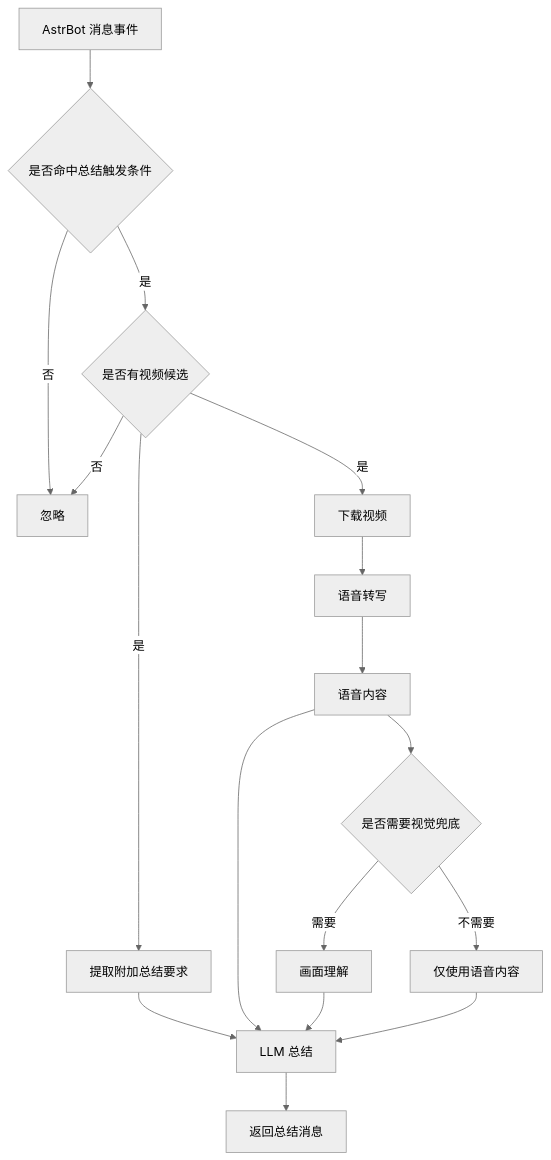
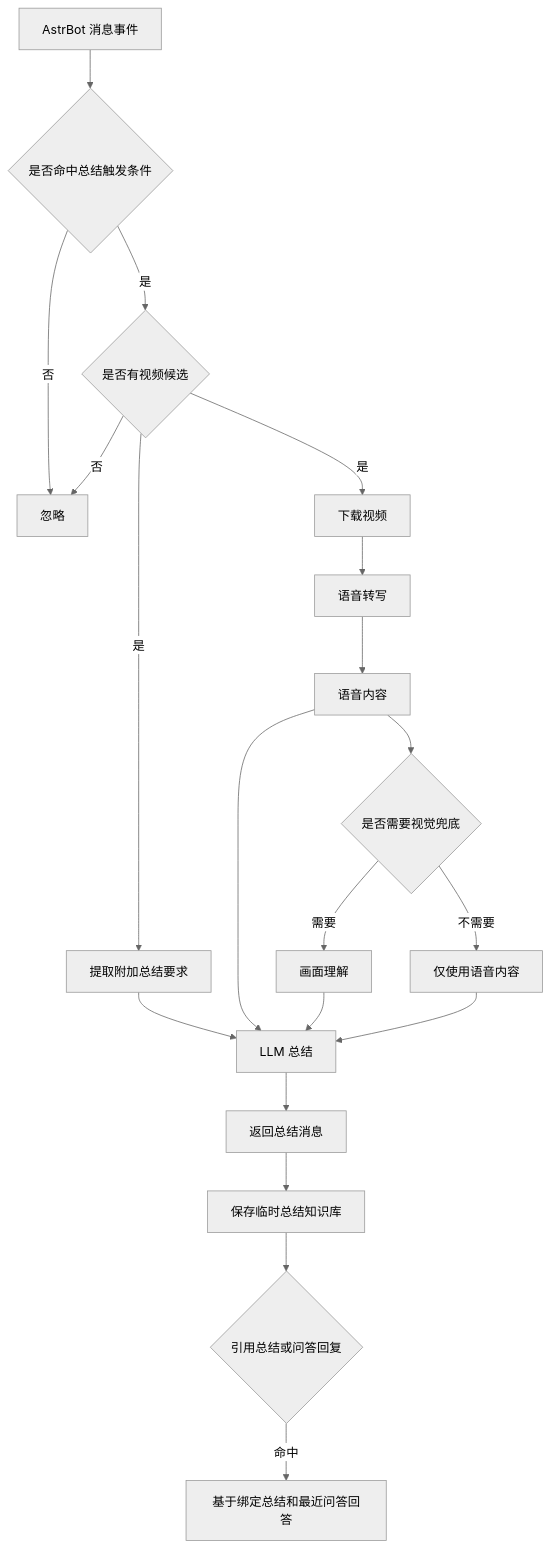
The diagram in README.md (drdon1234/astrbot_plugin_ai_summary), drawn with Mermaid (neutral theme) before and after one commit. The commit also changed other lines of this file and 12 other files, not shown here.

````diff
--- a/README.md
+++ b/README.md
@@ -72,19 +90,22 @@
 ```mermaid
 flowchart TD
     A["AstrBot 消息事件"] --> C{"是否命中总结触发条件"}
     C -- "否" --> Z["忽略"]
     C -- "是" --> E{"是否有视频候选"}
     E -- "否" --> Z
     E -- "是" --> F["下载视频"]
     E -- "是" --> D["提取附加总结要求"]
     F --> H["语音转写"]
     H --> I["语音内容"]
     I --> J{"是否需要视觉兜底"}
     J -- "需要" --> K["画面理解"]
     J -- "不需要" --> L["仅使用语音内容"]
     D --> M["LLM 总结"]
     I --> M
     K --> M
     L --> M
     M --> N["返回总结消息"]
+    N --> O["保存临时总结知识库"]
+    O --> P{"引用总结或问答回复"}
+    P -- "命中" --> Q["基于绑定总结和最近问答回答"]
 ```
````
